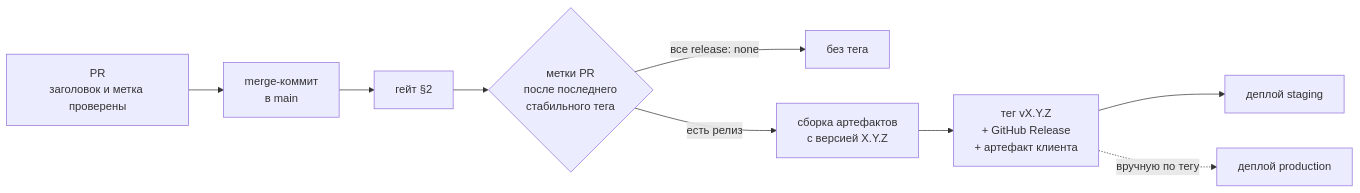
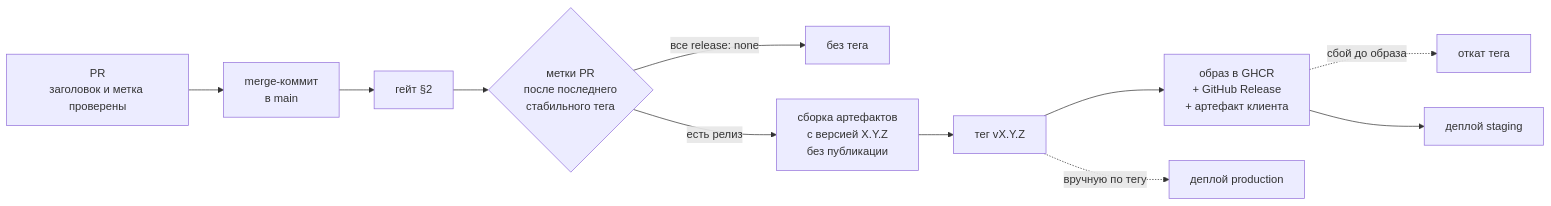
The diagram in docs/09-ci-cd.md (JJSGxKD/rubezh), drawn with Mermaid before and after one commit. The commit also changed other lines of this file and 4 other files, not shown here.

First line of the commit message:
fix(ci): Ставить тег до публикации образа

````diff
--- a/docs/09-ci-cd.md
+++ b/docs/09-ci-cd.md
@@ -339,11 +339,13 @@
 ```mermaid
 flowchart LR
     PR["PR<br/>заголовок и метка проверены"] --> SQ["merge-коммит<br/>в main"]
     SQ --> GATE["гейт §2"]
     GATE --> VER{"метки PR<br/>после последнего<br/>стабильного тега"}
     VER -- "все release: none" --> STOP["без тега"]
-    VER -- "есть релиз" --> BUILD["сборка артефактов<br/>с версией X.Y.Z"]
-    BUILD --> TAG["тег vX.Y.Z<br/>+ GitHub Release<br/>+ артефакт клиента"]
-    TAG --> STG["деплой staging"]
+    VER -- "есть релиз" --> BUILD["сборка артефактов<br/>с версией X.Y.Z<br/>без публикации"]
+    BUILD --> TAG["тег vX.Y.Z"]
+    TAG --> PUB["образ в GHCR<br/>+ GitHub Release<br/>+ артефакт клиента"]
+    PUB -. "сбой до образа" .-> RB["откат тега"]
+    PUB --> STG["деплой staging"]
     TAG -.вручную по тегу.-> PROD["деплой production"]
 ```
````
